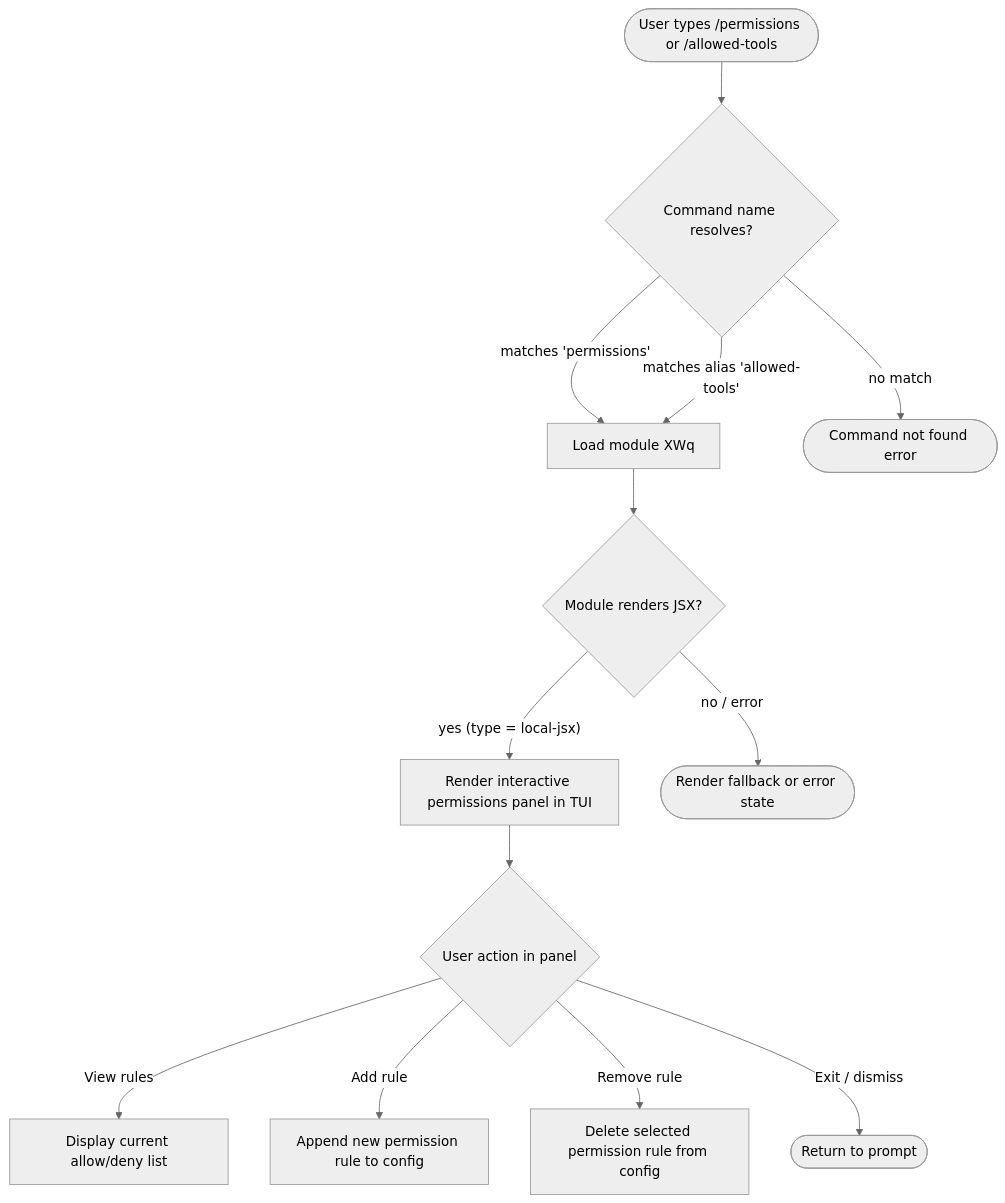
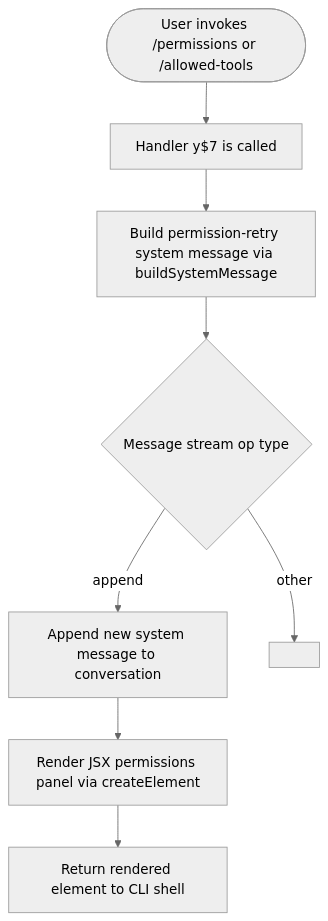
The diagram in versions/v2.1.144/permissions.md (MyLittleLuckyDog/cc-gnothi), drawn with Mermaid (neutral theme) before and after one commit. The commit also changed other lines of this file and 483 other files, not shown here.

````diff
--- a/versions/v2.1.144/permissions.md
+++ b/versions/v2.1.144/permissions.md
@@ -50,15 +56,10 @@
 ```mermaid
 flowchart TD
-    A([User types /permissions or /allowed-tools]) --> B{Command name resolves?}
-    B -- "matches 'permissions'" --> C[Load module XWq]
-    B -- "matches alias 'allowed-tools'" --> C
-    B -- "no match" --> Z([Command not found error])
-    C --> D{Module renders JSX?}
-    D -- "yes (type = local-jsx)" --> E[Render interactive permissions panel in TUI]
-    D -- "no / error" --> F([Render fallback or error state])
-    E --> G{User action in panel}
-    G -- "View rules" --> H[Display current allow/deny list]
-    G -- "Add rule" --> I[Append new permission rule to config]
-    G -- "Remove rule" --> J[Delete selected permission rule from config]
-    G -- "Exit / dismiss" --> K([Return to prompt])
+    A([User invokes /permissions or /allowed-tools]) --> B[Handler y$7 is called]
+    B --> C[Build permission-retry system message via buildSystemMessage]
+    C --> D{Message stream op type}
+    D -->|"append"| E[Append new system message to conversation]
+    D -->|other| F[<!-- TODO: not found in depth-2 traversal; needs --depth 4 -->]
+    E --> G[Render JSX permissions panel via createElement]
+    G --> H[Return rendered element to CLI shell]
 ```
````
